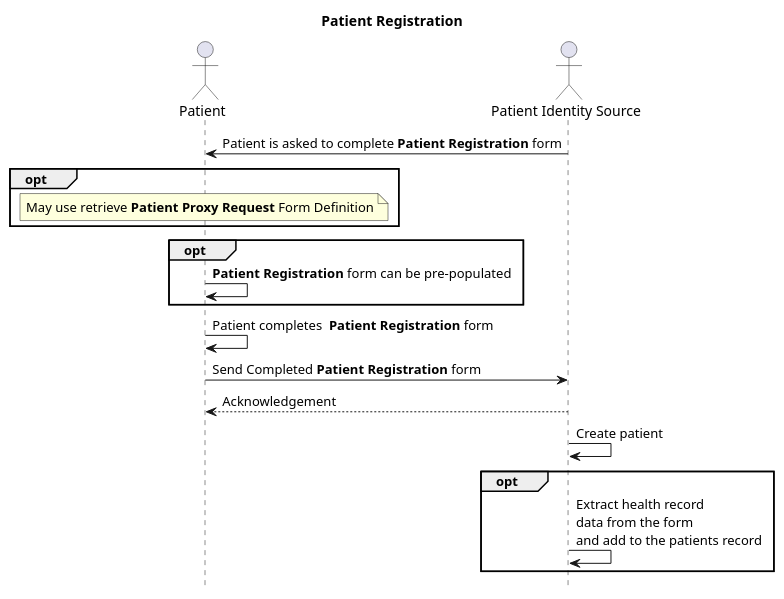
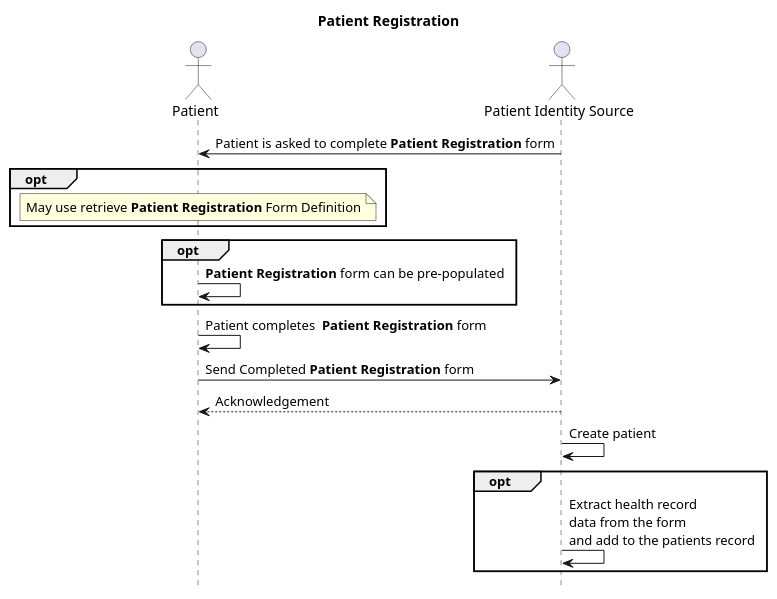
One commit to NHSDigital/IOPS-FHIR-Simplifier-Backup changed the diagram in NHSEnglandProgrammeImplementationGuides/backup/guides/NHS-England-Demographics-Implementation-Guide/Home/Use-Cases/Patient-Registration/Actors-Transactions-and-Content-Modules.page.md. Above: the diagram before and after it, drawn with PlantUML. The commit also changed 101 other files, not shown here.

```diff
--- a/NHSEnglandProgrammeImplementationGuides/backup/guides/NHS-England-Demographics-Implementation-Guide/Home/Use-Cases/Patient-Registration/Actors-Transactions-and-Content-Modules.page.md
+++ b/NHSEnglandProgrammeImplementationGuides/backup/guides/NHS-England-Demographics-Implementation-Guide/Home/Use-Cases/Patient-Registration/Actors-Transactions-and-Content-Modules.page.md
@@ -17,24 +17,24 @@
 @startuml
 
 hide footbox
 
 title Patient Registration
 
 actor "Patient" as patient
 actor "Patient Identity Source" as source
 
 source -> patient: Patient is asked to complete **Patient Registration** form
 opt
-note over patient: May use retrieve **Patient Proxy Request** Form Definition
+note over patient: May use retrieve **Patient Registration** Form Definition
 end
 opt
   patient -> patient: **Patient Registration** form can be pre-populated
 end
 patient -> patient : Patient completes  **Patient Registration** form
 patient -> source: Send Completed **Patient Registration** form
 source --> patient: Acknowledgement
 source -> source: Create patient
 opt
 source -> source: Extract health record\ndata from the form \nand add to the patients record
 end
 @enduml
```
